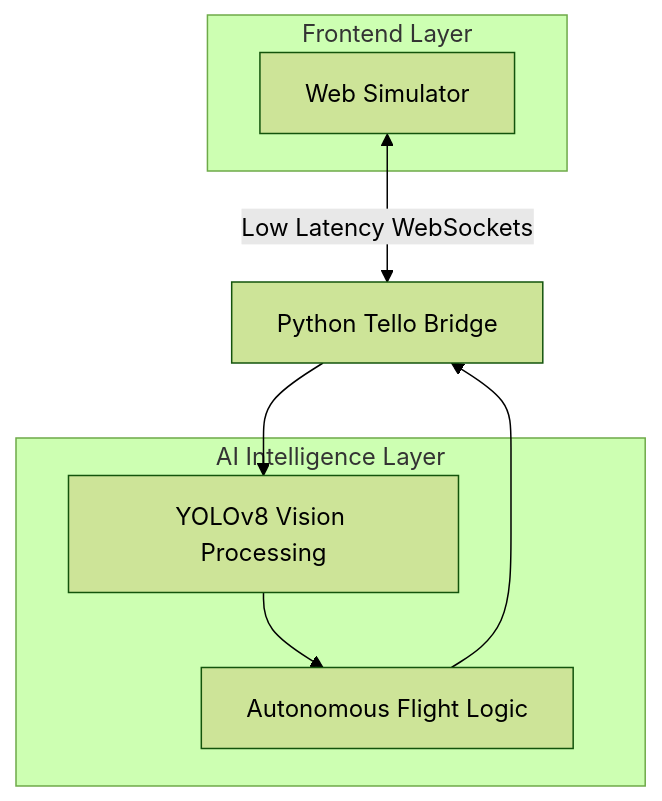
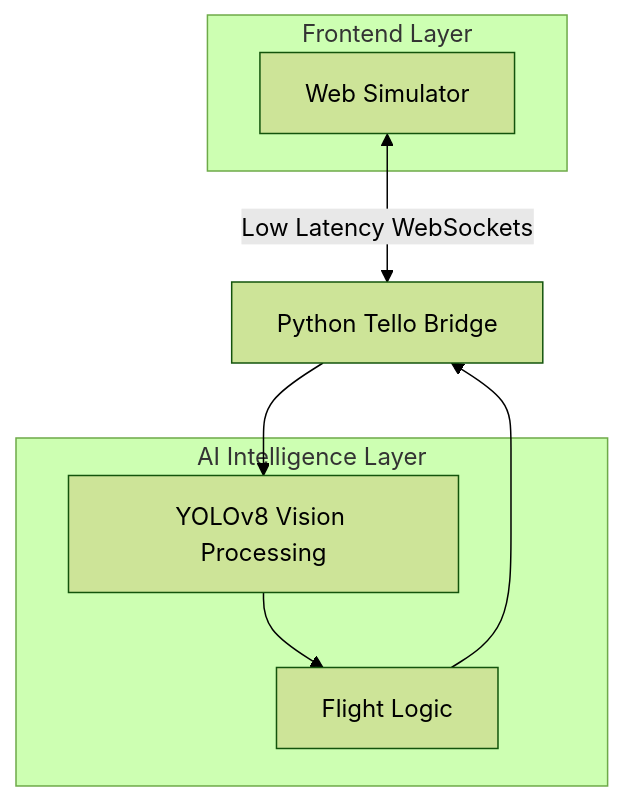
One commit to Leansxd/tello-web changed the diagram in README.md. Above: the diagram before and after it, drawn with Mermaid (forest theme). The commit also changed other lines of this file, not shown here.

Commit message:
refactor README.md to include visual assets, feature list, and improved architectural documentation

````diff
--- a/README.md
+++ b/README.md
@@ -37,16 +54,16 @@
 ```mermaid
 graph TD
     A[Web Simulator] <-->|Low Latency WebSockets| B[Python Tello Bridge]
     B --> C[YOLOv8 Vision Processing]
-    C --> D[Autonomous Flight Logic]
+    C --> D[Flight Logic]
     D --> B
     
     subgraph Frontend Layer
     A
     end
     
     subgraph AI Intelligence Layer
     C
     D
     end
 ```
````
